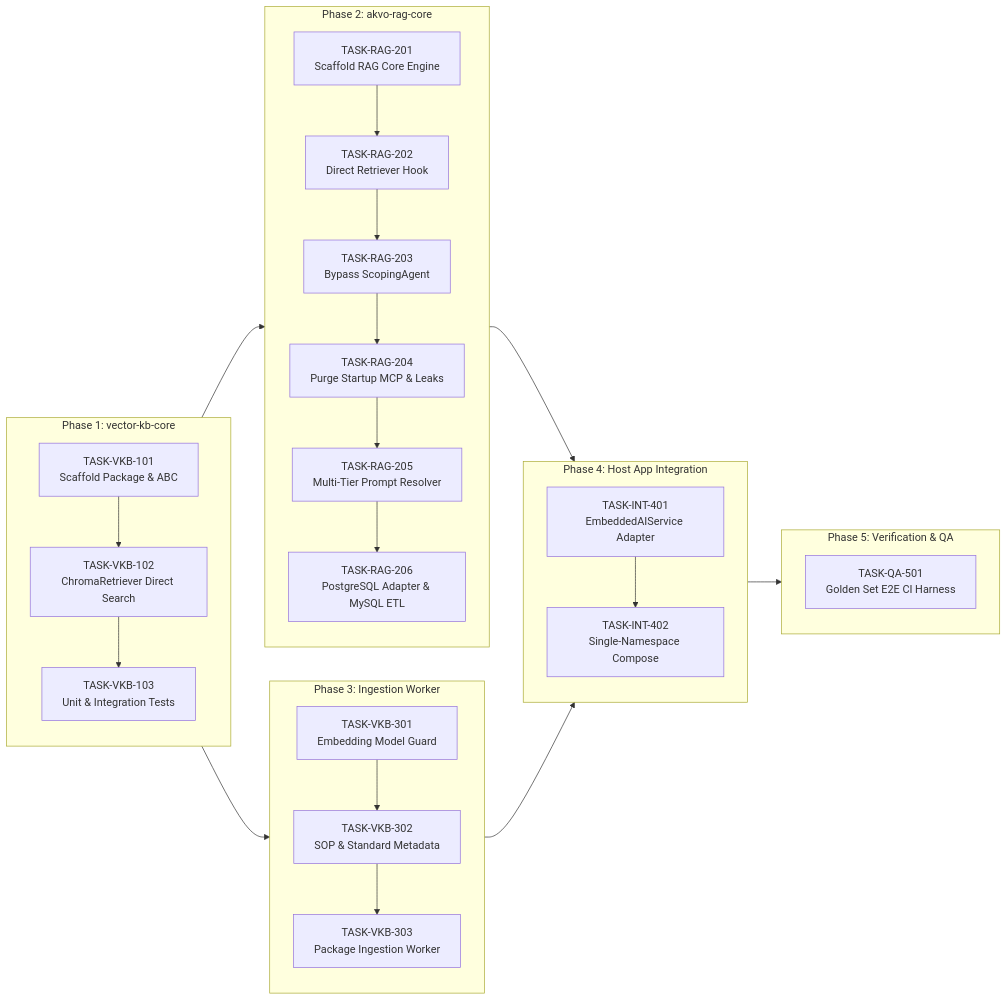
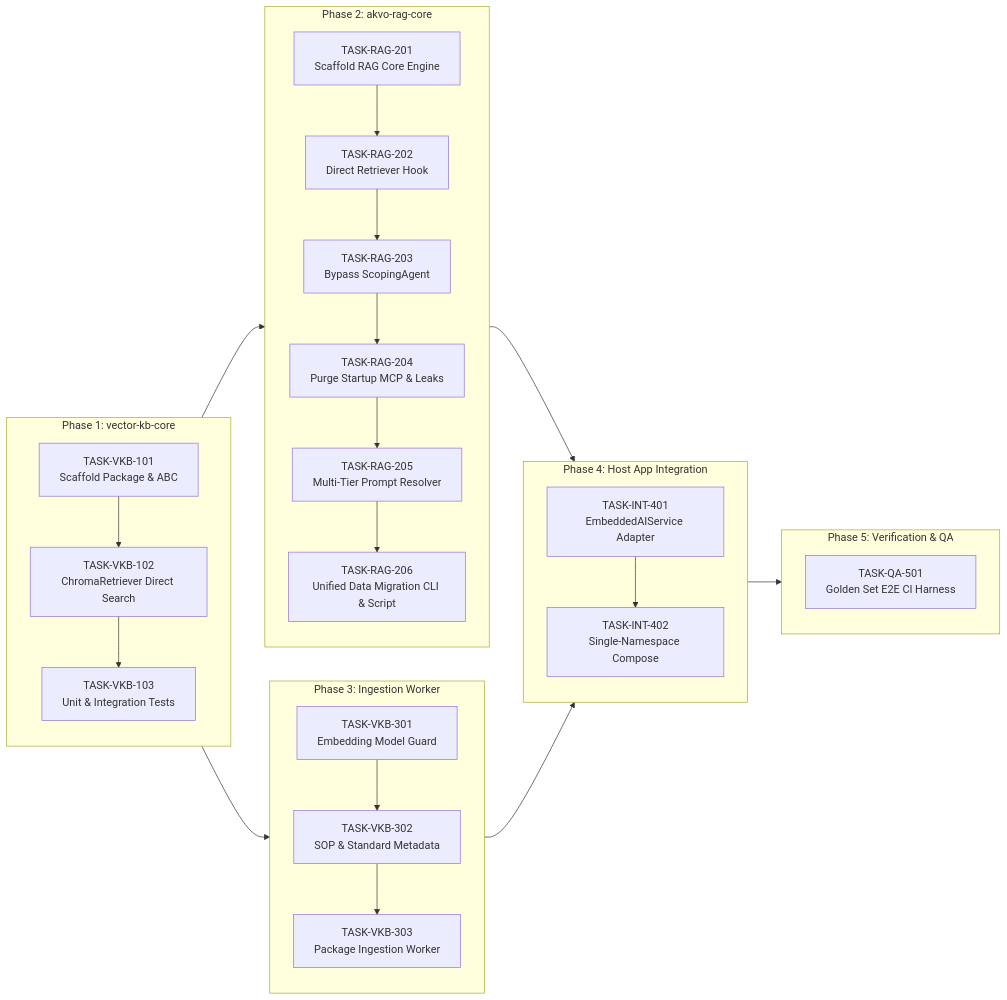
The second of 4 diagrams in docs/lld/self_contained_in_process_rag_platform_lld.md (akvo/akvo-rag), drawn with Mermaid before and after one commit. The commit also changed other lines of this file, not shown here.

Commit message:
docs(lld): add unified legacy migration tools for MySQL and Vector-KB PostgreSQL

````diff
--- a/docs/lld/self_contained_in_process_rag_platform_lld.md
+++ b/docs/lld/self_contained_in_process_rag_platform_lld.md
@@ -70,34 +70,34 @@
 ```mermaid
 flowchart LR
     subgraph P1["Phase 1: vector-kb-core"]
         V1["TASK-VKB-101<br/>Scaffold Package & ABC"] --> V2["TASK-VKB-102<br/>ChromaRetriever Direct Search"]
         V2 --> V3["TASK-VKB-103<br/>Unit & Integration Tests"]
     end
 
     subgraph P2["Phase 2: akvo-rag-core"]
         R1["TASK-RAG-201<br/>Scaffold RAG Core Engine"] --> R2["TASK-RAG-202<br/>Direct Retriever Hook"]
         R2 --> R3["TASK-RAG-203<br/>Bypass ScopingAgent"]
         R3 --> R4["TASK-RAG-204<br/>Purge Startup MCP & Leaks"]
         R4 --> R5["TASK-RAG-205<br/>Multi-Tier Prompt Resolver"]
-        R5 --> R6["TASK-RAG-206<br/>PostgreSQL Adapter & MySQL ETL"]
+        R5 --> R6["TASK-RAG-206<br/>Unified Data Migration CLI & Script"]
     end
 
     subgraph P3["Phase 3: Ingestion Worker"]
         I1["TASK-VKB-301<br/>Embedding Model Guard"] --> I2["TASK-VKB-302<br/>SOP & Standard Metadata"]
         I2 --> I3["TASK-VKB-303<br/>Package Ingestion Worker"]
     end
 
     subgraph P4["Phase 4: Host App Integration"]
         H1["TASK-INT-401<br/>EmbeddedAIService Adapter"] --> H2["TASK-INT-402<br/>Single-Namespace Compose"]
     end
 
     subgraph P5["Phase 5: Verification & QA"]
         Q1["TASK-QA-501<br/>Golden Set E2E CI Harness"]
     end
 
     P1 --> P2
     P1 --> P3
     P2 --> P4
     P3 --> P4
     P4 --> P5
 ```
````
